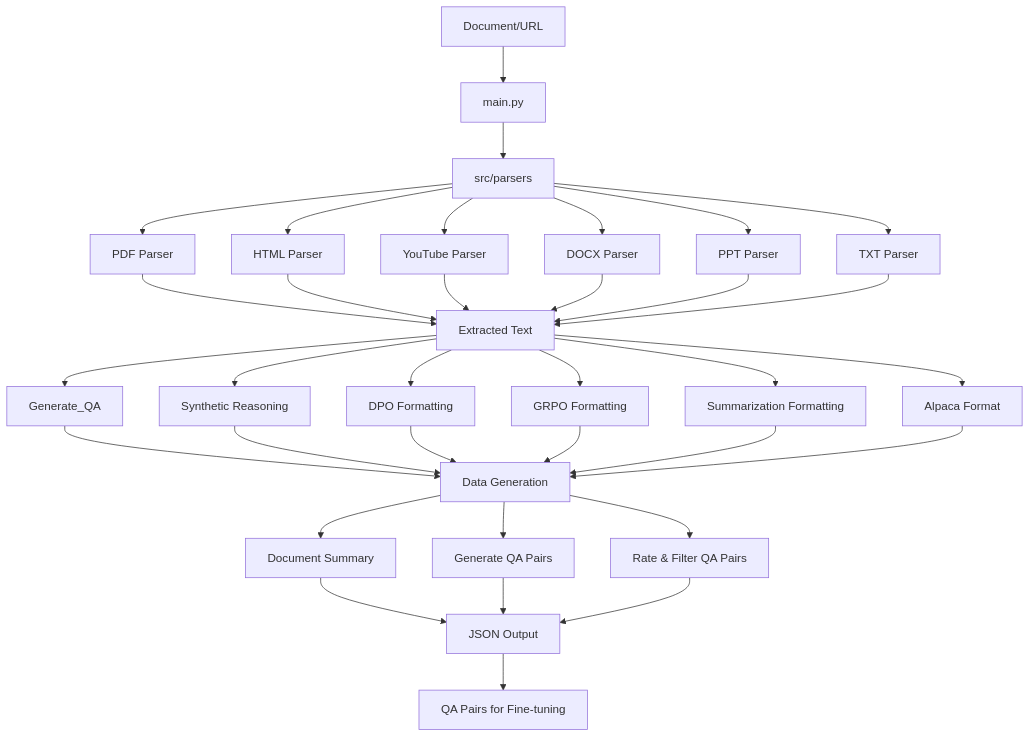
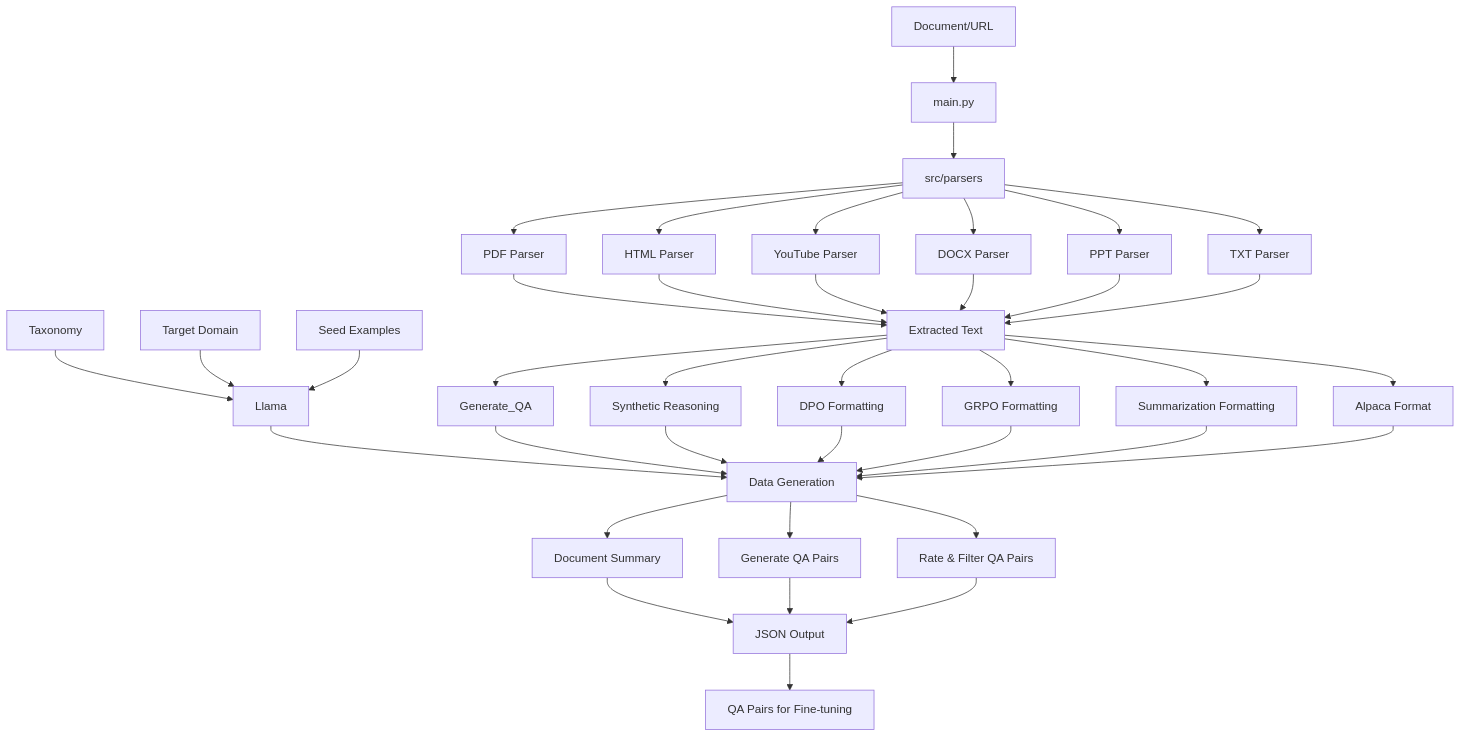
The diagram in end-to-end-use-cases/data-tool/ReadMe.MD (meta-llama/llama-cookbook), drawn with Mermaid before and after one commit.

````diff
--- a/end-to-end-use-cases/data-tool/ReadMe.MD
+++ b/end-to-end-use-cases/data-tool/ReadMe.MD
@@ -128,33 +128,39 @@
 ```mermaid
 graph TD
     A[Document/URL] --> B[main.py]
     B --> C[src/parsers]
     C --> D[PDF Parser]
     C --> E[HTML Parser]
     C --> F[YouTube Parser]
     C --> G[DOCX Parser]
     C --> H[PPT Parser]
     C --> I[TXT Parser]
     D & E & F & G & H & I --> J[Extracted Text]
+
+    AAA[Taxonomy] --> BBB[Llama]
+    AAB[Target Domain] --> BBB[Llama]
+    AAC[Seed Examples] --> BBB[Llama]
+
+    BBB --> M[Data Generation]
     
     J --> K[Generate_QA]
     J --> KKK[Synthetic Reasoning]
     J --> KK[DPO Formatting]
     J --> KLL[GRPO Formatting]
     J --> KL[Summarization Formatting]
     J --> KM[Alpaca Format]
 
     K --> M[Data Generation]
     KKK --> M[Data Generation]
     KK --> M[Data Generation]
     KLL --> M[Data Generation]
     KL --> M[Data Generation]
     KM--> M[Data Generation]
     
     M --> N[Document Summary]
     M --> O[Generate QA Pairs]
     M --> P[Rate & Filter QA Pairs]
     
     N & O & P --> Q[JSON Output]
     Q --> R[QA Pairs for Fine-tuning]
 ```
````
